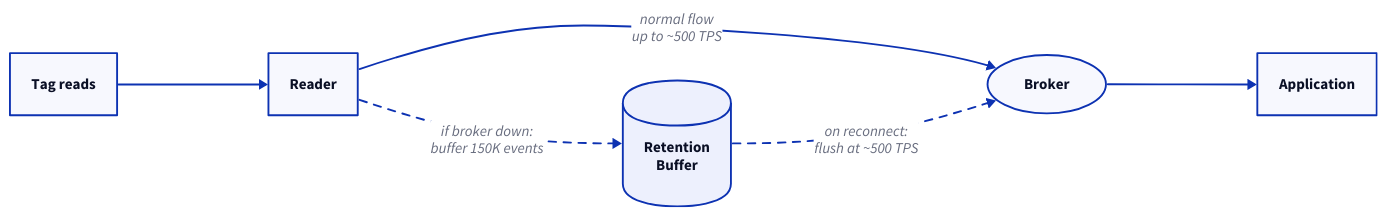
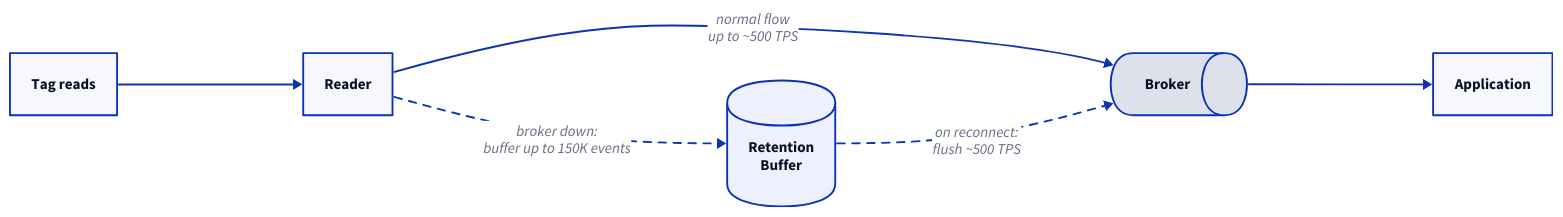
One commit to admiral-ai/zebra-handheld-rfid-iotc changed the third of 3 diagrams in docs/foundations/communication-flow.md. Above: the diagram before and after it, drawn with D2. The commit also changed other lines of this file and 40 other files, not shown here.

First line of the commit message:
Redesign all 54 D2 diagrams to a unified visual system

````diff
--- a/docs/foundations/communication-flow.md
+++ b/docs/foundations/communication-flow.md
@@ -137,13 +141,14 @@
 ```d2
 direction: right
 T: Tag reads
 R: Reader
-B: Broker { shape: oval }
+B: Broker { shape: queue }
 RB: "Retention\nBuffer" { shape: cylinder }
 A: Application
 T -> R
 R -> B: "normal flow\nup to ~500 TPS"
-R -> RB: "if broker down:\nbuffer 150K events" { style.stroke-dash: 4 }
-RB -> B: "on reconnect:\nflush at ~500 TPS" { style.stroke-dash: 4 }
+R -> RB: "broker down:\nbuffer up to 150K events" { style.stroke-dash: 4 }
+RB -> B: "on reconnect:\nflush ~500 TPS" { style.stroke-dash: 4 }
 B -> A
+
 ```
````
